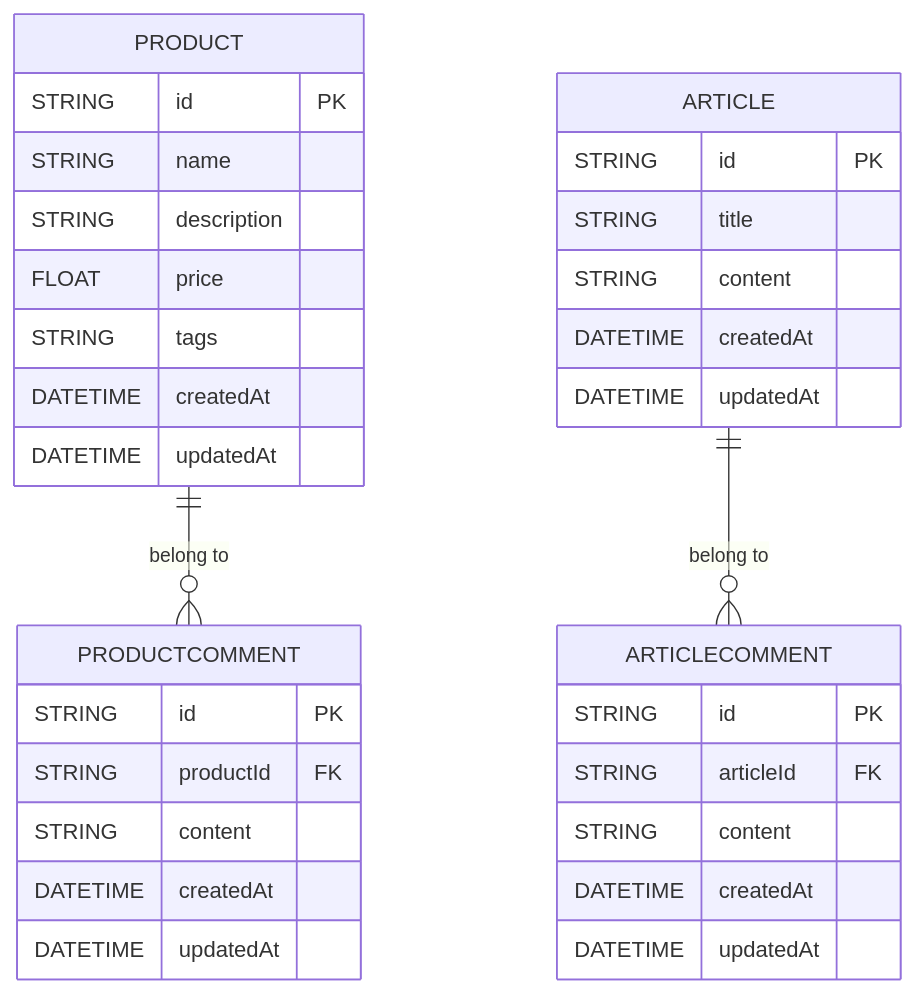
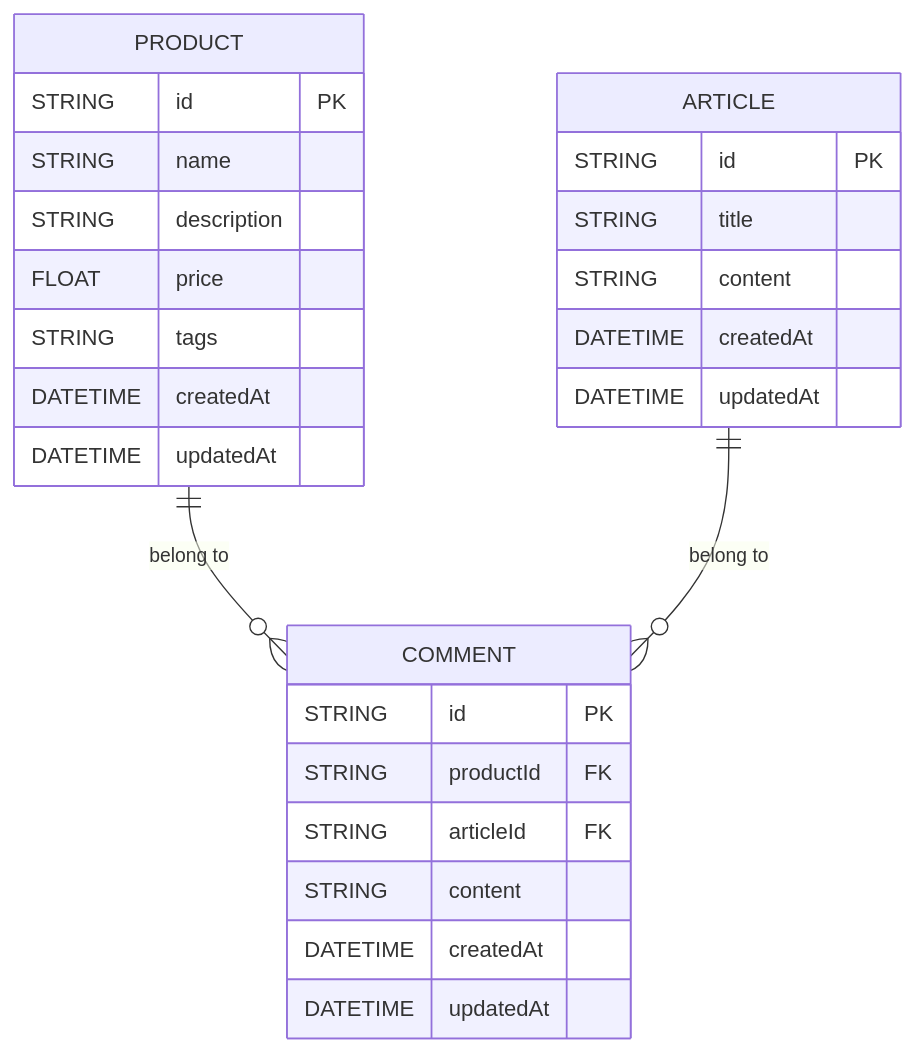
Before and after one commit to minso0317/1-sprint-mission: the diagram in erd-order.md, drawn with Mermaid.

Commit message:
:recycle: erd-order.md The comments are combined into one

````diff
--- a/erd-order.md
+++ b/erd-order.md
@@ -1,35 +1,30 @@
 ```mermaid
   erDiagram
   PRODUCT {
     STRING id PK
     STRING name
     STRING description
     FLOAT price
     STRING tags
     DATETIME createdAt
     DATETIME updatedAt
   }
   ARTICLE {
     STRING id PK
     STRING title
     STRING content
     DATETIME createdAt
     DATETIME updatedAt
   }
-  PRODUCTCOMMENT {
+  COMMENT {
     STRING id PK
     STRING productId FK
-    STRING content
-    DATETIME createdAt
-    DATETIME updatedAt
-  }
-  ARTICLECOMMENT {
-    STRING id PK
     STRING articleId FK
     STRING content
     DATETIME createdAt
     DATETIME updatedAt
   }
-PRODUCT ||--o{ PRODUCTCOMMENT : "belong to"
-ARTICLE ||--o{ ARTICLECOMMENT : "belong to"
+
+PRODUCT ||--o{ COMMENT : "belong to"
+ARTICLE ||--o{ COMMENT : "belong to"
 ```
````
